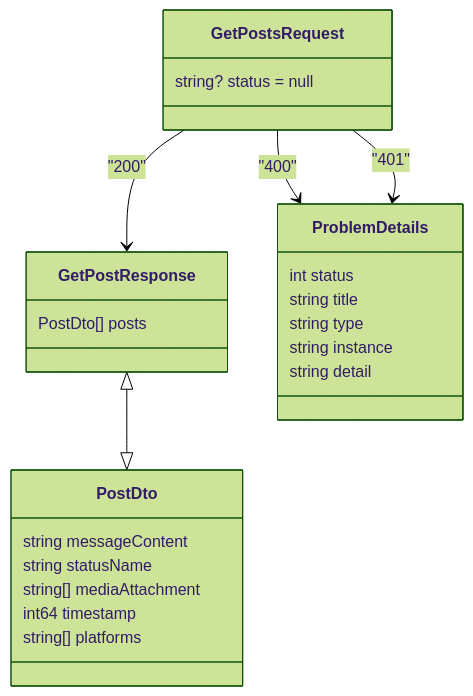
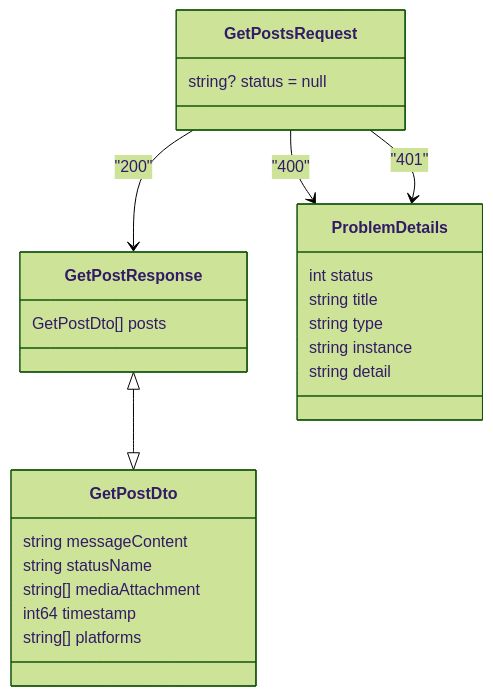
The diagram in documentation/json_contracts/post_contracts/get_posts.md (JKMN-Projects/ripple_sync_backend), drawn with Mermaid (forest theme) before and after one commit. The commit also changed 2 other files, not shown here.

Commit message:
Added get integration and create post

````diff
--- a/documentation/json_contracts/post_contracts/get_posts.md
+++ b/documentation/json_contracts/post_contracts/get_posts.md
@@ -3,31 +3,31 @@
 ``` mermaid
 classDiagram
     class GetPostsRequest {
         string? status = null
     }
 
     class GetPostResponse {
-        PostDto[] posts
+        GetPostDto[] posts
     }
 
-    class PostDto {
+    class GetPostDto {
         string messageContent
         string statusName
         string[] mediaAttachment
         int64 timestamp
         string[] platforms
     }
 
     class ProblemDetails {
         int status
         string title
         string type
         string instance
         string detail
     }
 
-    GetPostResponse <|--|> PostDto
+    GetPostResponse <|--|> GetPostDto
     GetPostsRequest --> GetPostResponse : "200"
     GetPostsRequest --> ProblemDetails : "400"
     GetPostsRequest --> ProblemDetails : "401"
 ```
````
